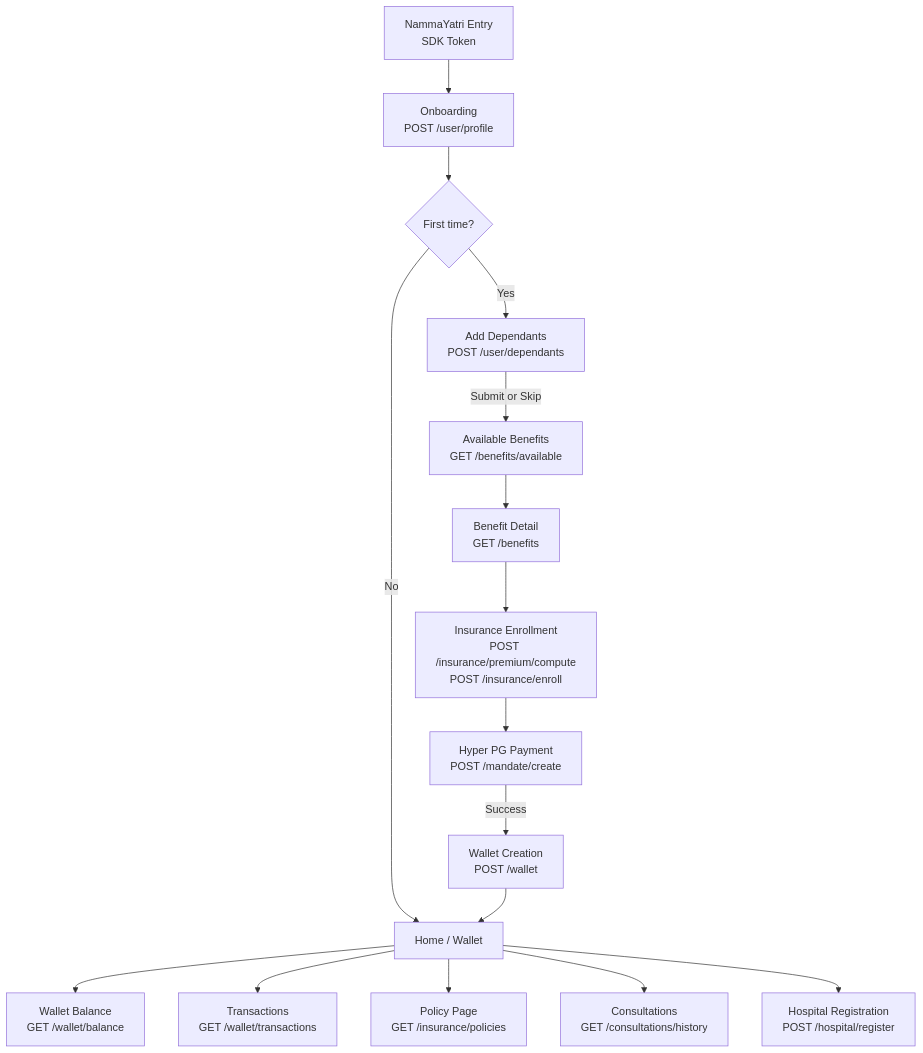
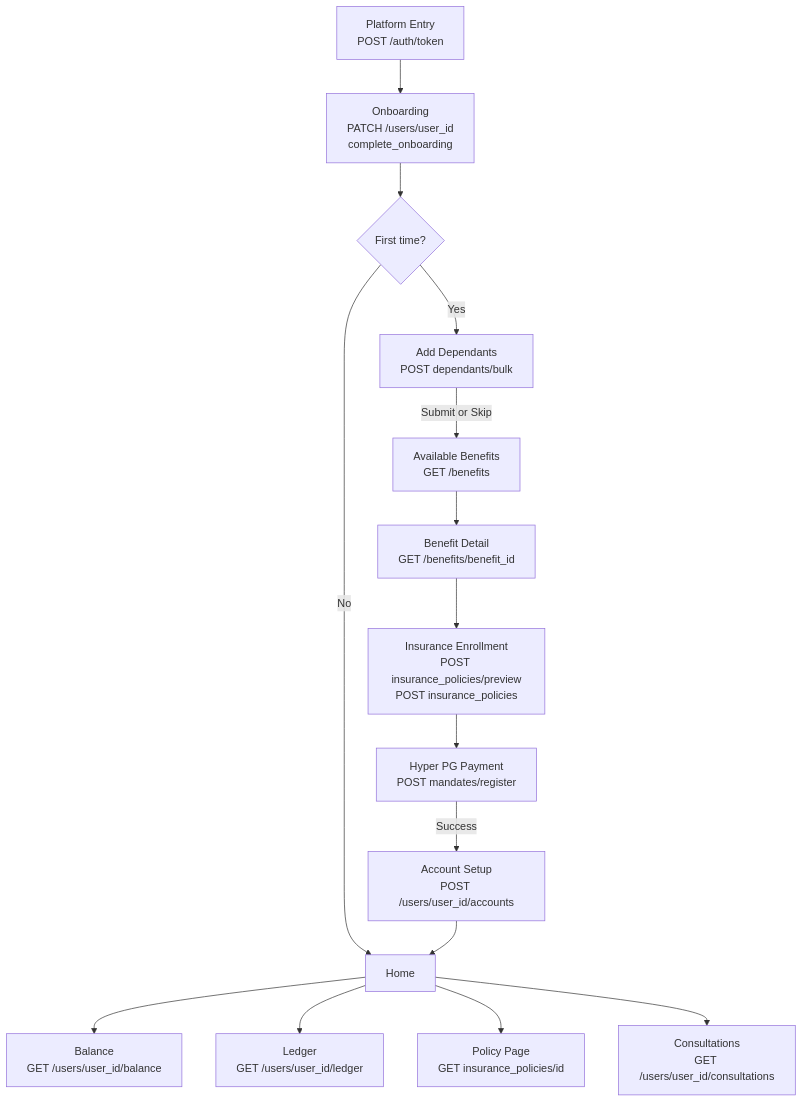
One commit to anu19981/aarokya-backend changed diagram 11 of 11 in api-reference/architecture/screen-flows.mdx. Above: the diagram before and after it, drawn with Mermaid. The commit also changed other lines of this file and 82 other files, not shown here.

````diff
--- a/api-reference/architecture/screen-flows.mdx
+++ b/api-reference/architecture/screen-flows.mdx
@@ -407,19 +396,18 @@
 ```mermaid
 flowchart TD
-    A[NammaYatri Entry<br/>SDK Token] --> B[Onboarding<br/>POST /user/profile]
+    A[Platform Entry<br/>POST /auth/token] --> B[Onboarding<br/>PATCH /users/user_id<br/>complete_onboarding]
     B --> C{First time?}
-    C -->|Yes| D[Add Dependants<br/>POST /user/dependants]
-    C -->|No| E[Home / Wallet]
-    D -->|Submit or Skip| F[Available Benefits<br/>GET /benefits/available]
-    F --> G[Benefit Detail<br/>GET /benefits]
-    G --> H[Insurance Enrollment<br/>POST /insurance/premium/compute<br/>POST /insurance/enroll]
-    H --> I[Hyper PG Payment<br/>POST /mandate/create]
-    I -->|Success| J[Wallet Creation<br/>POST /wallet]
+    C -->|Yes| D[Add Dependants<br/>POST dependants/bulk]
+    C -->|No| E[Home]
+    D -->|Submit or Skip| F[Available Benefits<br/>GET /benefits]
+    F --> G[Benefit Detail<br/>GET /benefits/benefit_id]
+    G --> H[Insurance Enrollment<br/>POST insurance_policies/preview<br/>POST insurance_policies]
+    H --> I[Hyper PG Payment<br/>POST mandates/register]
+    I -->|Success| J[Account Setup<br/>POST /users/user_id/accounts]
     J --> E
 
-    E --> K[Wallet Balance<br/>GET /wallet/balance]
-    E --> L[Transactions<br/>GET /wallet/transactions]
-    E --> M[Policy Page<br/>GET /insurance/policies]
-    E --> N[Consultations<br/>GET /consultations/history]
-    E --> O[Hospital Registration<br/>POST /hospital/register]
+    E --> K[Balance<br/>GET /users/user_id/balance]
+    E --> L[Ledger<br/>GET /users/user_id/ledger]
+    E --> M[Policy Page<br/>GET insurance_policies/id]
+    E --> N[Consultations<br/>GET /users/user_id/consultations]
 ```
````
